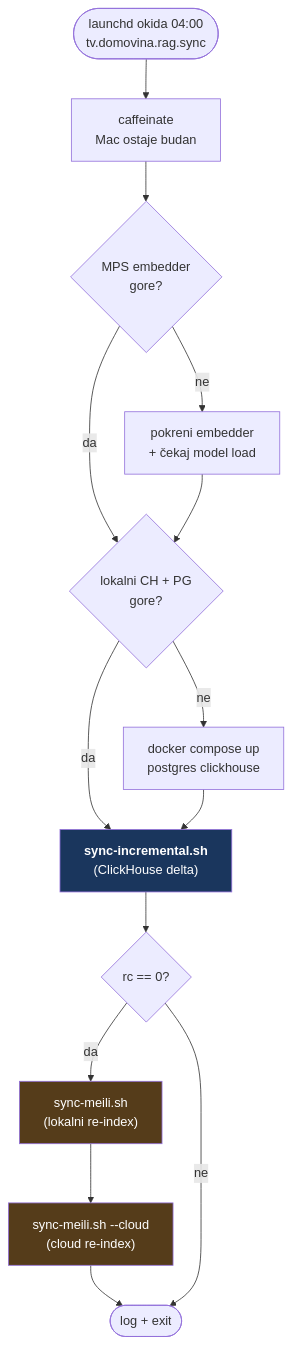
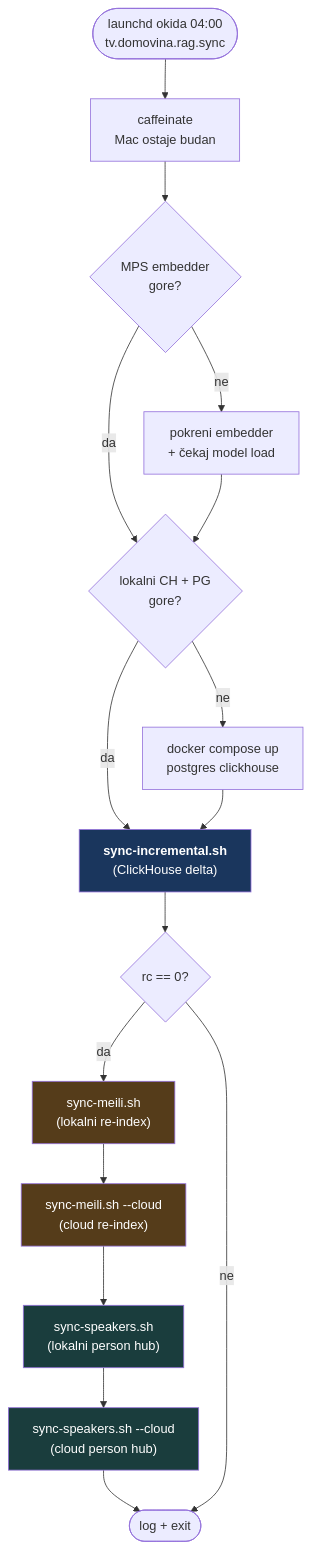
Before and after one commit to domovinatv/domovina-rag: the second of 7 diagrams in docs/data-refresh-flow.md, drawn with Mermaid. The commit also changed other lines of this file and 4 other files, not shown here.

First line of the commit message:
feat(infra): dnevni cron re-populira person hub (PG speakers) na cloud

````diff
--- a/docs/data-refresh-flow.md
+++ b/docs/data-refresh-flow.md
@@ -67,21 +72,25 @@
 ```mermaid
 flowchart TD
     START(["launchd okida 04:00<br/>tv.domovina.rag.sync"]) --> CAF[caffeinate<br/>Mac ostaje budan]
     CAF --> CHKEMB{MPS embedder<br/>gore?}
     CHKEMB -- ne --> STARTEMB[pokreni embedder<br/>+ čekaj model load]
     CHKEMB -- da --> CHKDB
     STARTEMB --> CHKDB{lokalni CH + PG<br/>gore?}
     CHKDB -- ne --> STARTDB[docker compose up<br/>postgres clickhouse]
     CHKDB -- da --> SYNC
     STARTDB --> SYNC
 
     SYNC["<b>sync-incremental.sh</b><br/>(ClickHouse delta)"] --> RC{rc == 0?}
     RC -- da --> MEILILOCAL["sync-meili.sh<br/>(lokalni re-index)"]
     MEILILOCAL --> MEILICLOUD["sync-meili.sh --cloud<br/>(cloud re-index)"]
-    MEILICLOUD --> DONE(["log + exit"])
+    MEILICLOUD --> SPKLOCAL["sync-speakers.sh<br/>(lokalni person hub)"]
+    SPKLOCAL --> SPKCLOUD["sync-speakers.sh --cloud<br/>(cloud person hub)"]
+    SPKCLOUD --> DONE(["log + exit"])
     RC -- ne --> DONE
 
     style SYNC fill:#1a365d,color:#fff
     style MEILILOCAL fill:#553c1a,color:#fff
     style MEILICLOUD fill:#553c1a,color:#fff
+    style SPKLOCAL fill:#1a3d3d,color:#fff
+    style SPKCLOUD fill:#1a3d3d,color:#fff
 ```
````
